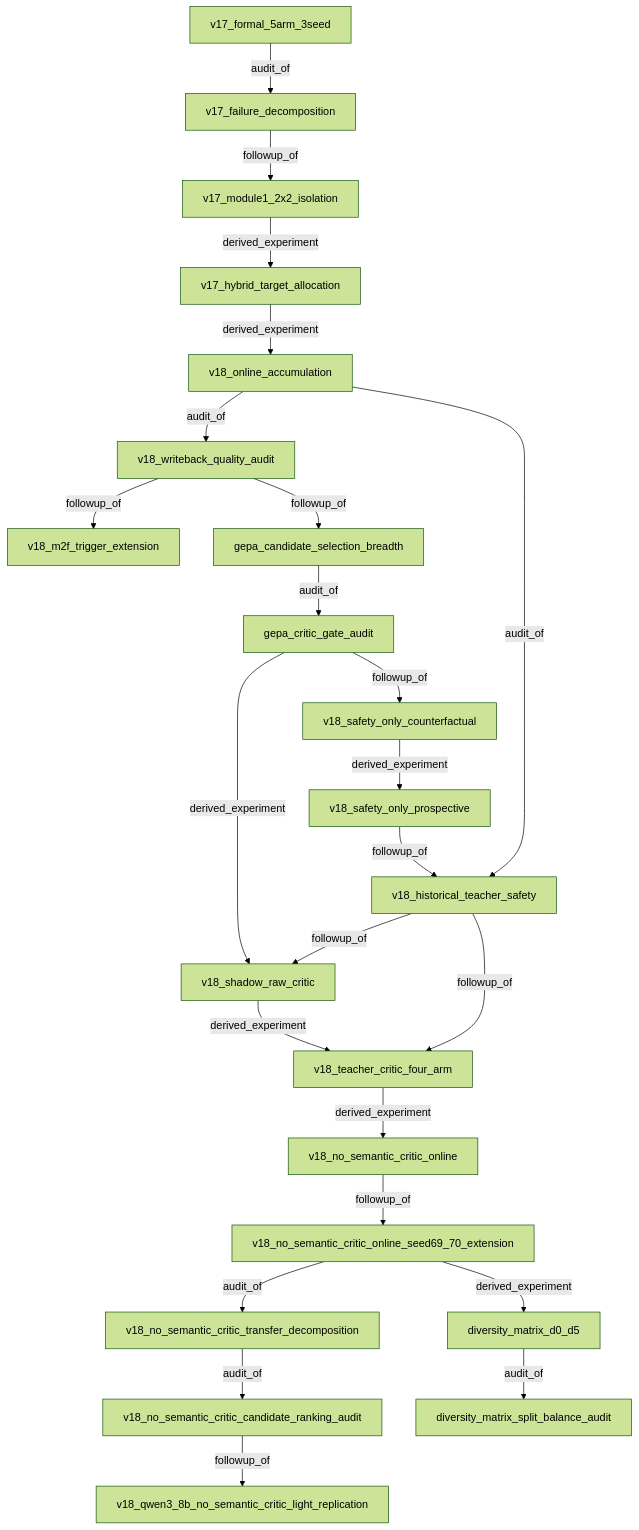
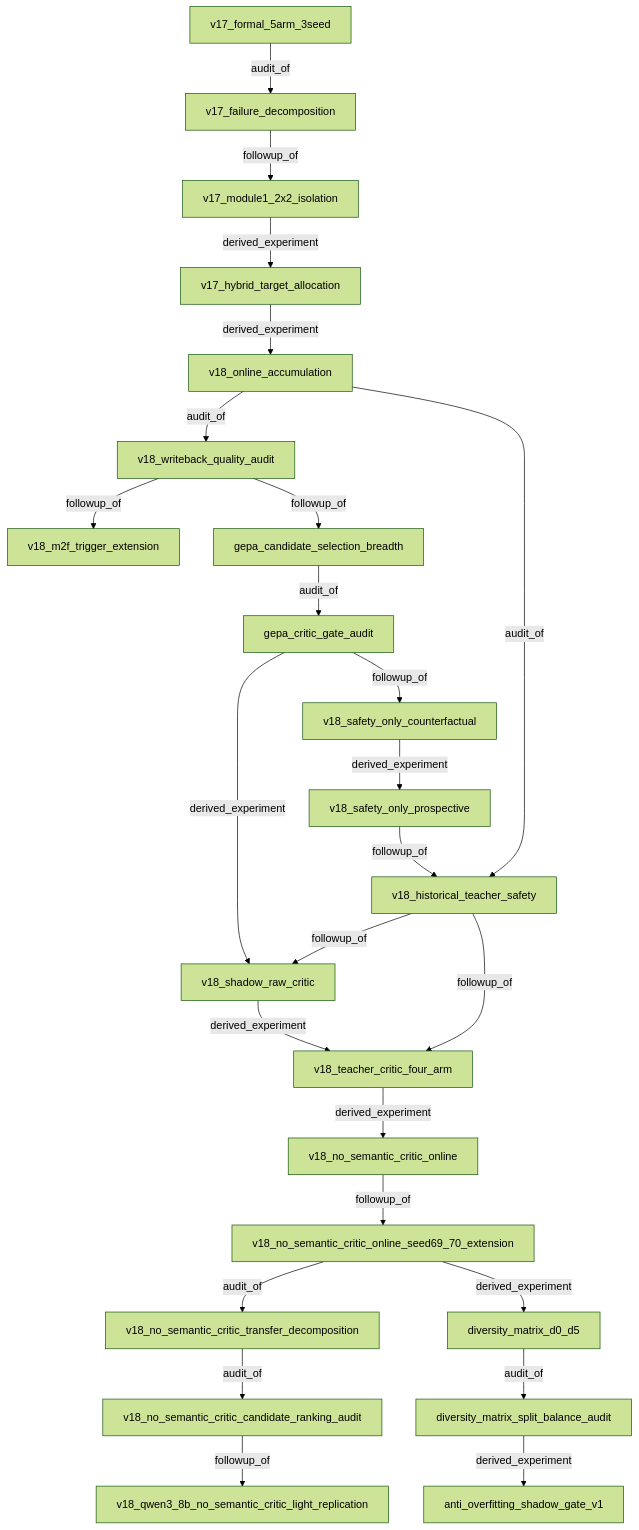
Before and after one commit to mmmmyyyxx/multi_agent_diversity: the diagram in docs/experiments/LINEAGE.md, drawn with Mermaid (forest theme). The commit also changed other lines of this file and 21 other files, not shown here.

Commit message:
Freeze anti-overfitting shadow-gated training protocol

````diff
--- a/docs/experiments/LINEAGE.md
+++ b/docs/experiments/LINEAGE.md
@@ -5,26 +5,27 @@
 ```mermaid
 graph TD
   v17_formal_5arm_3seed["v17_formal_5arm_3seed"] -->|audit_of| v17_failure_decomposition["v17_failure_decomposition"]
   v17_failure_decomposition["v17_failure_decomposition"] -->|followup_of| v17_module1_2x2_isolation["v17_module1_2x2_isolation"]
   v17_module1_2x2_isolation["v17_module1_2x2_isolation"] -->|derived_experiment| v17_hybrid_target_allocation["v17_hybrid_target_allocation"]
   v17_hybrid_target_allocation["v17_hybrid_target_allocation"] -->|derived_experiment| v18_online_accumulation["v18_online_accumulation"]
   v18_online_accumulation["v18_online_accumulation"] -->|audit_of| v18_writeback_quality_audit["v18_writeback_quality_audit"]
   v18_writeback_quality_audit["v18_writeback_quality_audit"] -->|followup_of| v18_m2f_trigger_extension["v18_m2f_trigger_extension"]
   v18_writeback_quality_audit["v18_writeback_quality_audit"] -->|followup_of| gepa_candidate_selection_breadth["gepa_candidate_selection_breadth"]
   gepa_candidate_selection_breadth["gepa_candidate_selection_breadth"] -->|audit_of| gepa_critic_gate_audit["gepa_critic_gate_audit"]
   gepa_critic_gate_audit["gepa_critic_gate_audit"] -->|followup_of| v18_safety_only_counterfactual["v18_safety_only_counterfactual"]
   v18_safety_only_counterfactual["v18_safety_only_counterfactual"] -->|derived_experiment| v18_safety_only_prospective["v18_safety_only_prospective"]
   v18_safety_only_prospective["v18_safety_only_prospective"] -->|followup_of| v18_historical_teacher_safety["v18_historical_teacher_safety"]
   v18_online_accumulation["v18_online_accumulation"] -->|audit_of| v18_historical_teacher_safety["v18_historical_teacher_safety"]
   gepa_critic_gate_audit["gepa_critic_gate_audit"] -->|derived_experiment| v18_shadow_raw_critic["v18_shadow_raw_critic"]
   v18_historical_teacher_safety["v18_historical_teacher_safety"] -->|followup_of| v18_shadow_raw_critic["v18_shadow_raw_critic"]
   v18_shadow_raw_critic["v18_shadow_raw_critic"] -->|derived_experiment| v18_teacher_critic_four_arm["v18_teacher_critic_four_arm"]
   v18_historical_teacher_safety["v18_historical_teacher_safety"] -->|followup_of| v18_teacher_critic_four_arm["v18_teacher_critic_four_arm"]
   v18_teacher_critic_four_arm["v18_teacher_critic_four_arm"] -->|derived_experiment| v18_no_semantic_critic_online["v18_no_semantic_critic_online"]
   v18_no_semantic_critic_online["v18_no_semantic_critic_online"] -->|followup_of| v18_no_semantic_critic_online_seed69_70_extension["v18_no_semantic_critic_online_seed69_70_extension"]
   v18_no_semantic_critic_online_seed69_70_extension["v18_no_semantic_critic_online_seed69_70_extension"] -->|audit_of| v18_no_semantic_critic_transfer_decomposition["v18_no_semantic_critic_transfer_decomposition"]
   v18_no_semantic_critic_transfer_decomposition["v18_no_semantic_critic_transfer_decomposition"] -->|audit_of| v18_no_semantic_critic_candidate_ranking_audit["v18_no_semantic_critic_candidate_ranking_audit"]
   v18_no_semantic_critic_candidate_ranking_audit["v18_no_semantic_critic_candidate_ranking_audit"] -->|followup_of| v18_qwen3_8b_no_semantic_critic_light_replication["v18_qwen3_8b_no_semantic_critic_light_replication"]
   v18_no_semantic_critic_online_seed69_70_extension["v18_no_semantic_critic_online_seed69_70_extension"] -->|derived_experiment| diversity_matrix_d0_d5["diversity_matrix_d0_d5"]
   diversity_matrix_d0_d5["diversity_matrix_d0_d5"] -->|audit_of| diversity_matrix_split_balance_audit["diversity_matrix_split_balance_audit"]
+  diversity_matrix_split_balance_audit["diversity_matrix_split_balance_audit"] -->|derived_experiment| anti_overfitting_shadow_gate_v1["anti_overfitting_shadow_gate_v1"]
 ```
````
